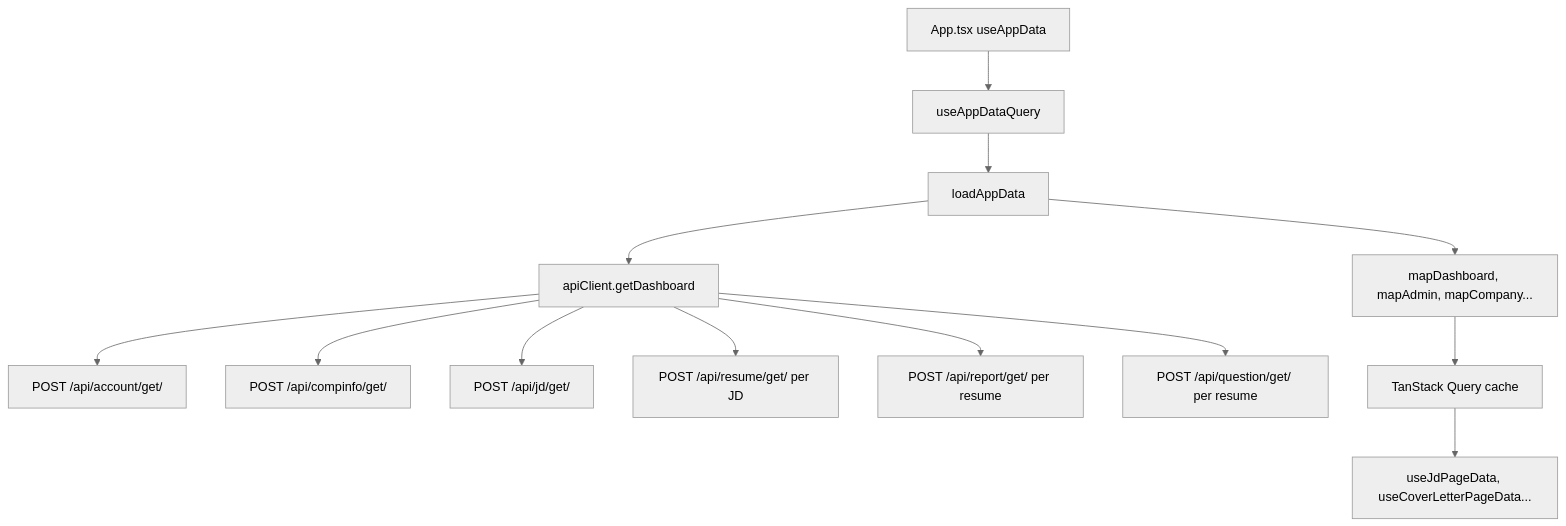
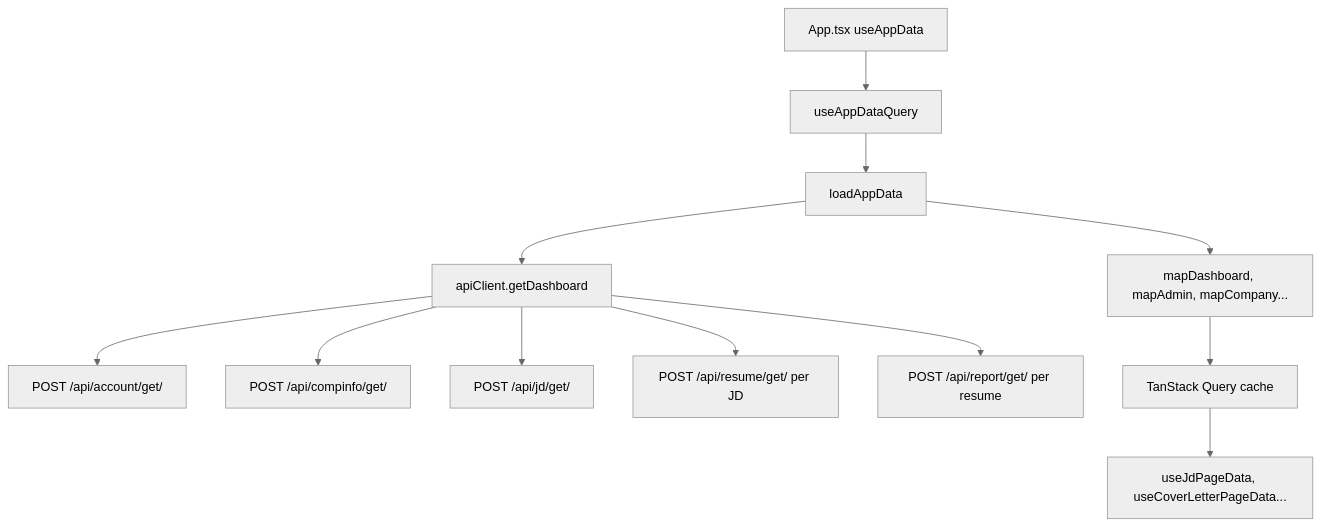
The first of 3 diagrams in docs/02-architecture/data-flow.md (SKN26-Final-1st/Final_project), drawn with Mermaid (neutral theme) before and after one commit. The commit also changed other lines of this file and 2 other files, not shown here.

First line of the commit message:
docs(architecture): reflect views package split and data flow changes

````diff
--- a/docs/02-architecture/data-flow.md
+++ b/docs/02-architecture/data-flow.md
@@ -14,15 +14,14 @@
 ```mermaid
 flowchart TD
   App["App.tsx useAppData"] --> Query["useAppDataQuery"]
   Query --> Load["loadAppData"]
   Load --> Client["apiClient.getDashboard"]
   Client --> Account["POST /api/account/get/"]
   Client --> Company["POST /api/compinfo/get/"]
   Client --> JD["POST /api/jd/get/"]
   Client --> Resume["POST /api/resume/get/ per JD"]
   Client --> Report["POST /api/report/get/ per resume"]
-  Client --> Question["POST /api/question/get/ per resume"]
   Load --> Adapters["mapDashboard, mapAdmin, mapCompany..."]
   Adapters --> Cache["TanStack Query cache"]
   Cache --> PageHooks["useJdPageData, useCoverLetterPageData..."]
 ```
````
